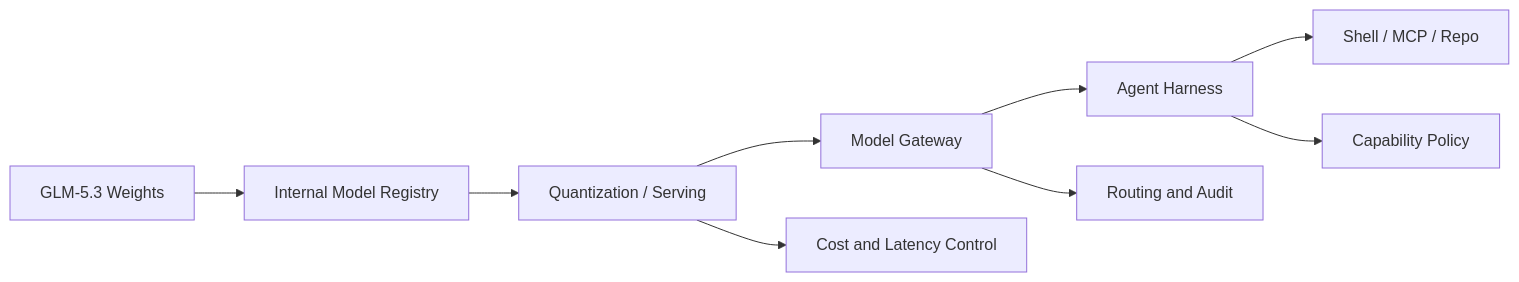
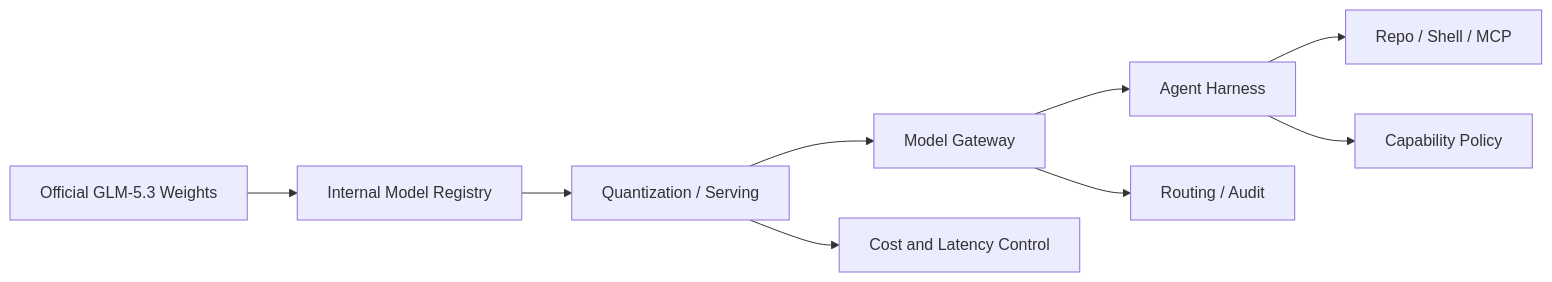
Diagram 11 of 20 in 260829.md (wlf186/ai-daily-headlines), drawn with Mermaid before and after one commit. The commit also changed other lines of this file, not shown here.

````diff
--- a/260829.md
+++ b/260829.md
@@ -639,11 +562,11 @@
 ```mermaid
 flowchart LR
-    G1[GLM-5.3 Weights] --> G2[Internal Model Registry]
+    G1[Official GLM-5.3 Weights] --> G2[Internal Model Registry]
     G2 --> G3[Quantization / Serving]
     G3 --> G4[Model Gateway]
     G4 --> G5[Agent Harness]
-    G5 --> G6[Shell / MCP / Repo]
+    G5 --> G6[Repo / Shell / MCP]
     G3 --> G7[Cost and Latency Control]
-    G4 --> G8[Routing and Audit]
+    G4 --> G8[Routing / Audit]
     G5 --> G9[Capability Policy]
 ```
````
